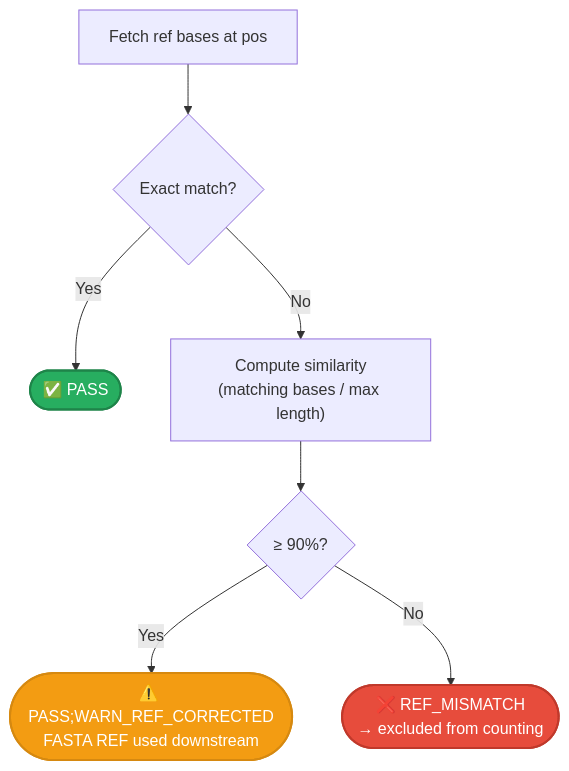
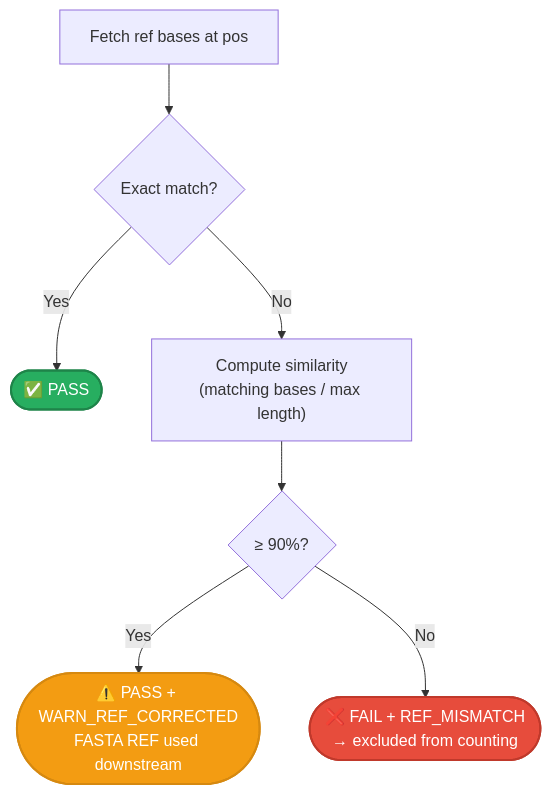
The second of 5 diagrams in docs/reference/variant-normalization.md (msk-access/gbcms), drawn with Mermaid before and after one commit. The commit also changed other lines of this file and 15 other files, not shown here.

````diff
--- a/docs/reference/variant-normalization.md
+++ b/docs/reference/variant-normalization.md
@@ -53,13 +54,13 @@
 ```mermaid
 flowchart TD
     Fetch["Fetch ref bases at pos"] --> Exact{"Exact match?"}
     Exact -->|"Yes"| Pass(["✅ PASS"]):::pass
     Exact -->|"No"| Sim["Compute similarity\n(matching bases / max length)"]
     Sim --> Thresh{"≥ 90%?"}
-    Thresh -->|"Yes"| Corrected(["⚠️ PASS;WARN_REF_CORRECTED\nFASTA REF used downstream"]):::warn
-    Thresh -->|"No"| Fail(["❌ REF_MISMATCH\n→ excluded from counting"]):::fail
+    Thresh -->|"Yes"| Corrected(["⚠️ PASS + WARN_REF_CORRECTED\nFASTA REF used downstream"]):::warn
+    Thresh -->|"No"| Fail(["❌ FAIL + REF_MISMATCH\n→ excluded from counting"]):::fail
 
     classDef pass fill:#27ae60,color:#fff,stroke:#1e8449,stroke-width:2px;
     classDef warn fill:#f39c12,color:#fff,stroke:#d68910,stroke-width:2px;
     classDef fail fill:#e74c3c,color:#fff,stroke:#c0392b,stroke-width:2px;
 ```
````
